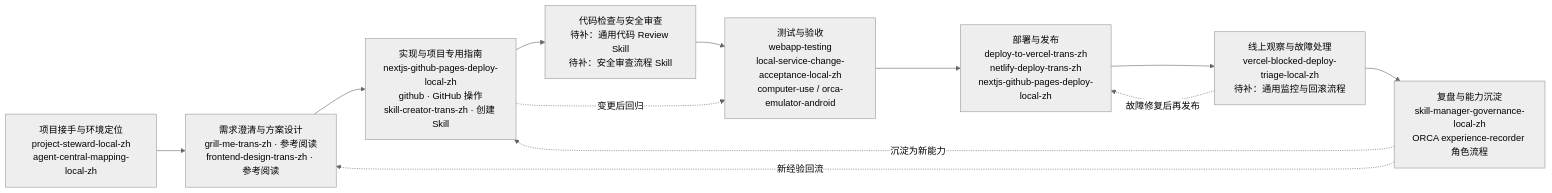
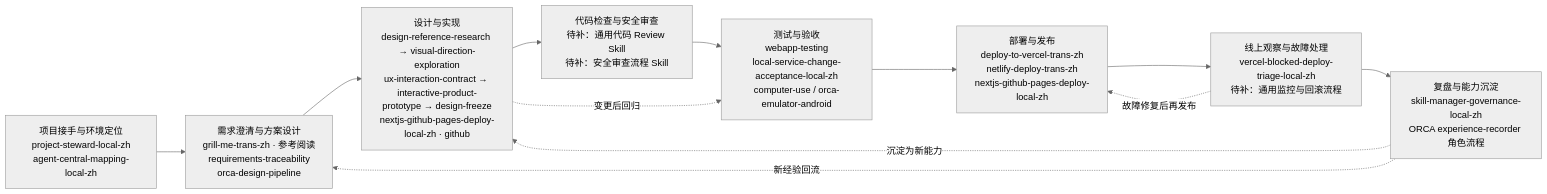
The diagram in docs/技能体系示意图.md (wanghoufan/alw-002-skill-system-map), drawn with Mermaid (neutral theme) before and after one commit. The commit also changed other lines of this file and 8 other files, not shown here.

````diff
--- a/docs/技能体系示意图.md
+++ b/docs/技能体系示意图.md
@@ -32,17 +32,17 @@
 ```mermaid
 flowchart LR
     A[项目接手与环境定位<br/>project-steward-local-zh<br/>agent-central-mapping-local-zh]
-    B[需求澄清与方案设计<br/>grill-me-trans-zh · 参考阅读<br/>frontend-design-trans-zh · 参考阅读]
-    C[实现与项目专用指南<br/>nextjs-github-pages-deploy-local-zh<br/>github · GitHub 操作<br/>skill-creator-trans-zh · 创建 Skill]
+    B[需求澄清与方案设计<br/>grill-me-trans-zh · 参考阅读<br/>requirements-traceability<br/>orca-design-pipeline]
+    C[设计与实现<br/>design-reference-research → visual-direction-exploration<br/>ux-interaction-contract → interactive-product-prototype → design-freeze<br/>nextjs-github-pages-deploy-local-zh · github]
     D[代码检查与安全审查<br/>待补：通用代码 Review Skill<br/>待补：安全审查流程 Skill]
     E[测试与验收<br/>webapp-testing<br/>local-service-change-acceptance-local-zh<br/>computer-use / orca-emulator-android]
     F[部署与发布<br/>deploy-to-vercel-trans-zh<br/>netlify-deploy-trans-zh<br/>nextjs-github-pages-deploy-local-zh]
     G[线上观察与故障处理<br/>vercel-blocked-deploy-triage-local-zh<br/>待补：通用监控与回滚流程]
     H[复盘与能力沉淀<br/>skill-manager-governance-local-zh<br/>ORCA experience-recorder 角色流程]
 
     A --> B --> C --> D --> E --> F --> G --> H
     H -.新经验回流.-> B
     H -.沉淀为新能力.-> C
     C -.变更后回归.-> E
     G -.故障修复后再发布.-> F
 ```
````
